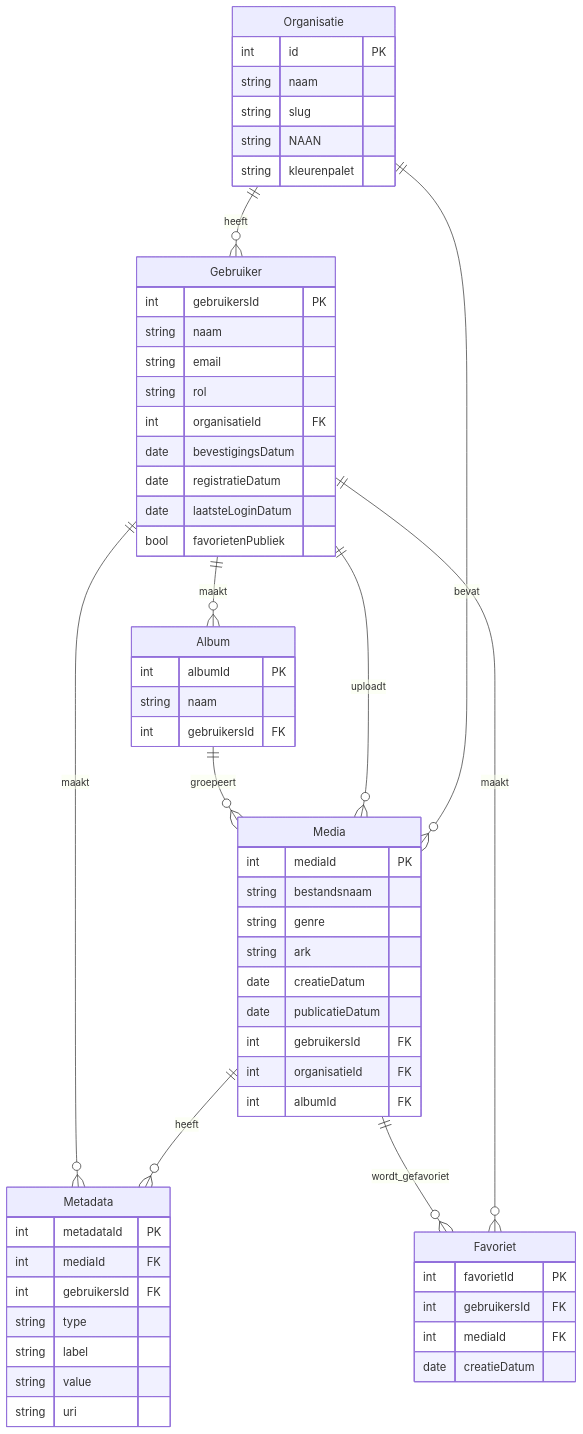
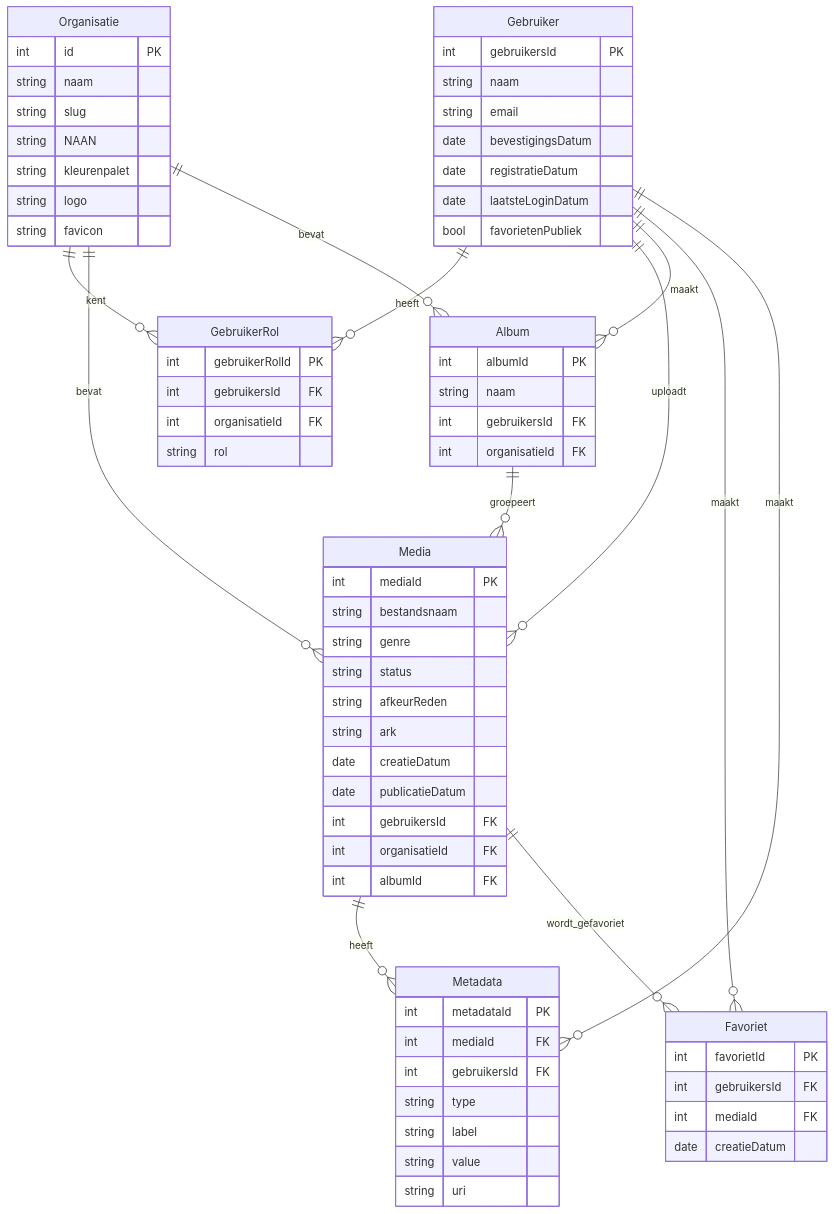
Before and after one commit to inside-out-time-machines/design: the diagram in erd.mermaid.md, drawn with Mermaid. The commit also changed 8 other files, not shown here.

First line of the commit message:
Keuze oplossingsrichting vastgelegd en ontwerp bijgewerkt

```diff
--- a/erd.mermaid.md
+++ b/erd.mermaid.md
@@ -9,24 +9,33 @@
     string slug
     string NAAN
     string kleurenpalet
+    string logo
+    string favicon
   }
 
   Gebruiker {
     int gebruikersId PK
     string naam
     string email
-    string rol
-    int organisatieId FK
     date bevestigingsDatum
     date registratieDatum
     date laatsteLoginDatum
     bool favorietenPubliek
   }
 
+  GebruikerRol {
+    int gebruikerRolId PK
+    int gebruikersId FK
+    int organisatieId FK
+    string rol
+  }
+
   Media {
     int mediaId PK
     string bestandsnaam
     string genre
+    string status
+    string afkeurReden
     string ark
     date creatieDatum
     date publicatieDatum
@@ -49,6 +58,7 @@
     int albumId PK
     string naam
     int gebruikersId FK
+    int organisatieId FK
   }
 
   Favoriet {
@@ -58,13 +68,21 @@
     date creatieDatum
   }
 
+  %% Rollen: een gebruiker kan meerdere rollen hebben, per organisatie (GebruikerRol);
+  %% de rol platformbeheerder heeft geen organisatieId. Lidmaatschap van een organisatie
+  %% volgt uit de GebruikerRol-rijen.
+  %% Media.status: nieuw / goedgekeurd / afgekeurd; afkeurReden alleen bij afgekeurd.
+  %% Organisatie.NAAN en Media.ark zijn gereserveerd voor de ARK-fase (uitgesteld,
+  %% zie keuze-oplossingsrichting).
   %% Locatie- en tijdlijngegevens (adres, openings-/sluitingsjaar, geo-WKT, archiefbron)
   %% worden vastgelegd als Metadata-rijen op Media; er is geen apart locatiemodel.
 
   %% Relationships
-  Organisatie ||--o{ Gebruiker : "heeft"
+  Organisatie ||--o{ GebruikerRol : "kent"
   Organisatie ||--o{ Media : "bevat"
+  Organisatie ||--o{ Album : "bevat"
 
+  Gebruiker ||--o{ GebruikerRol : "heeft"
   Gebruiker ||--o{ Media : "uploadt"
   Gebruiker ||--o{ Album : "maakt"
 
```
